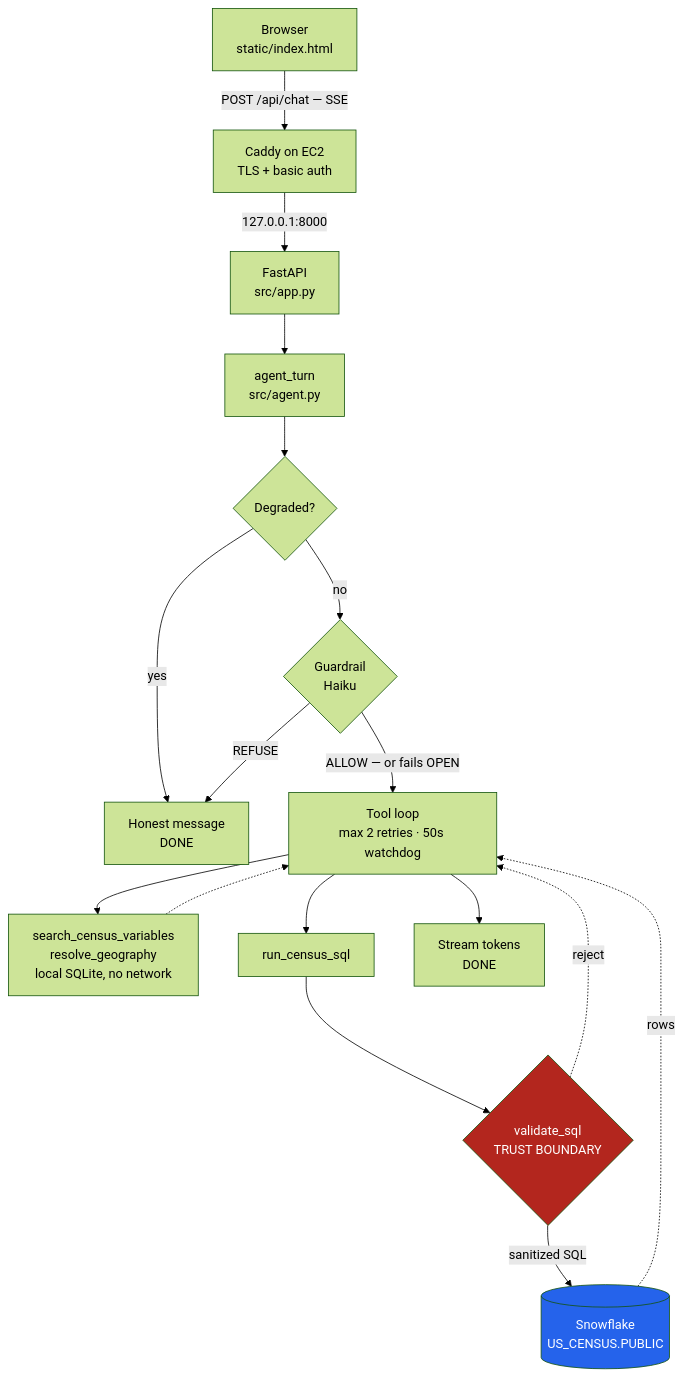
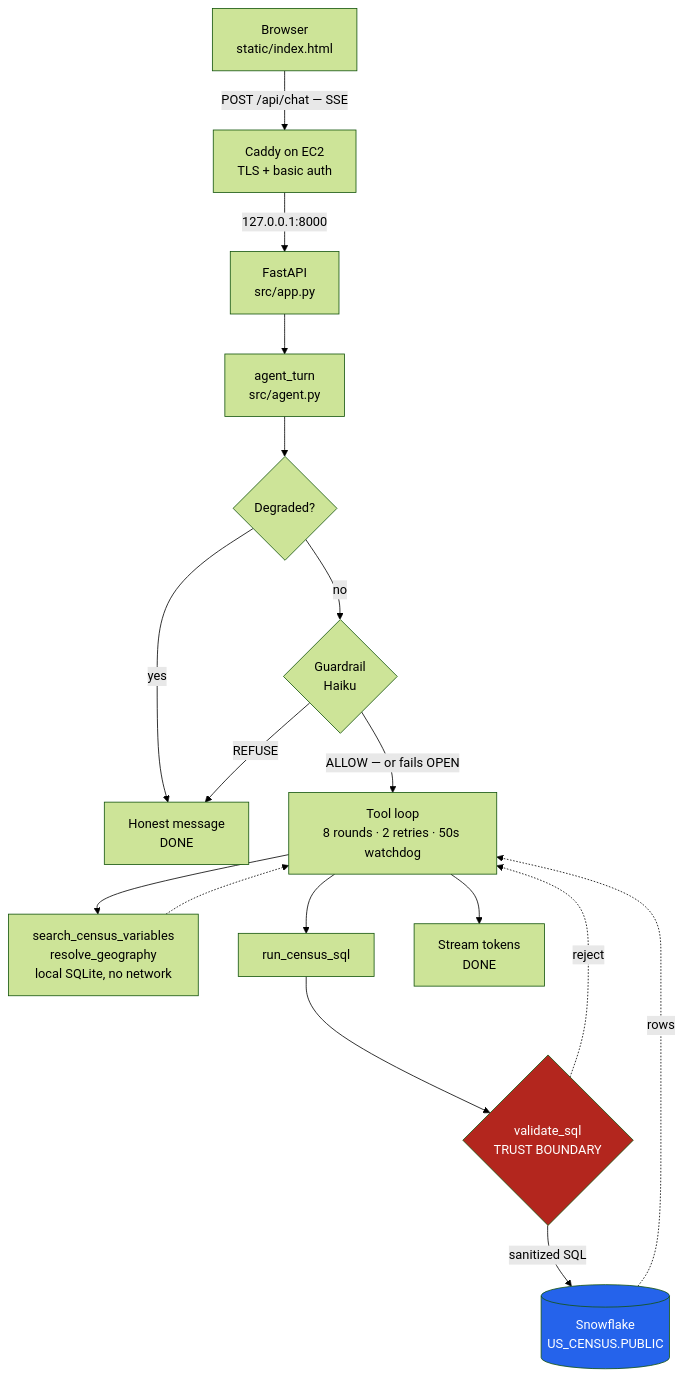
One commit to moujiandao/censuschat changed the diagram in README.md. Above: the diagram before and after it, drawn with Mermaid (forest theme). The commit also changed other lines of this file and 6 other files, not shown here.

````diff
--- a/README.md
+++ b/README.md
@@ -86,23 +91,23 @@
 ```mermaid
 flowchart TD
     A["Browser<br/>static/index.html"] -->|"POST /api/chat — SSE"| B["Caddy on EC2<br/>TLS + basic auth"]
     B -->|"127.0.0.1:8000"| C["FastAPI<br/>src/app.py"]
     C --> D["agent_turn<br/>src/agent.py"]
     D --> E{"Degraded?"}
     E -->|yes| Z["Honest message<br/>DONE"]
     E -->|no| F{"Guardrail<br/>Haiku"}
     F -->|REFUSE| Z
     F -->|"ALLOW — or fails OPEN"| G
 
-    G["Tool loop<br/>max 2 retries · 50s watchdog"] --> H["search_census_variables<br/>resolve_geography<br/>local SQLite, no network"]
+    G["Tool loop<br/>8 rounds · 2 retries · 50s watchdog"] --> H["search_census_variables<br/>resolve_geography<br/>local SQLite, no network"]
     H -.-> G
     G --> J["run_census_sql"]
     J --> K{"validate_sql<br/>TRUST BOUNDARY"}
     K -.->|reject| G
     K -->|"sanitized SQL"| L[("Snowflake<br/>US_CENSUS.PUBLIC")]
     L -.->|rows| G
     G --> M["Stream tokens<br/>DONE"]
 
     style K fill:#b3261e,color:#ffffff
     style L fill:#2563eb,color:#ffffff
 ```
````
